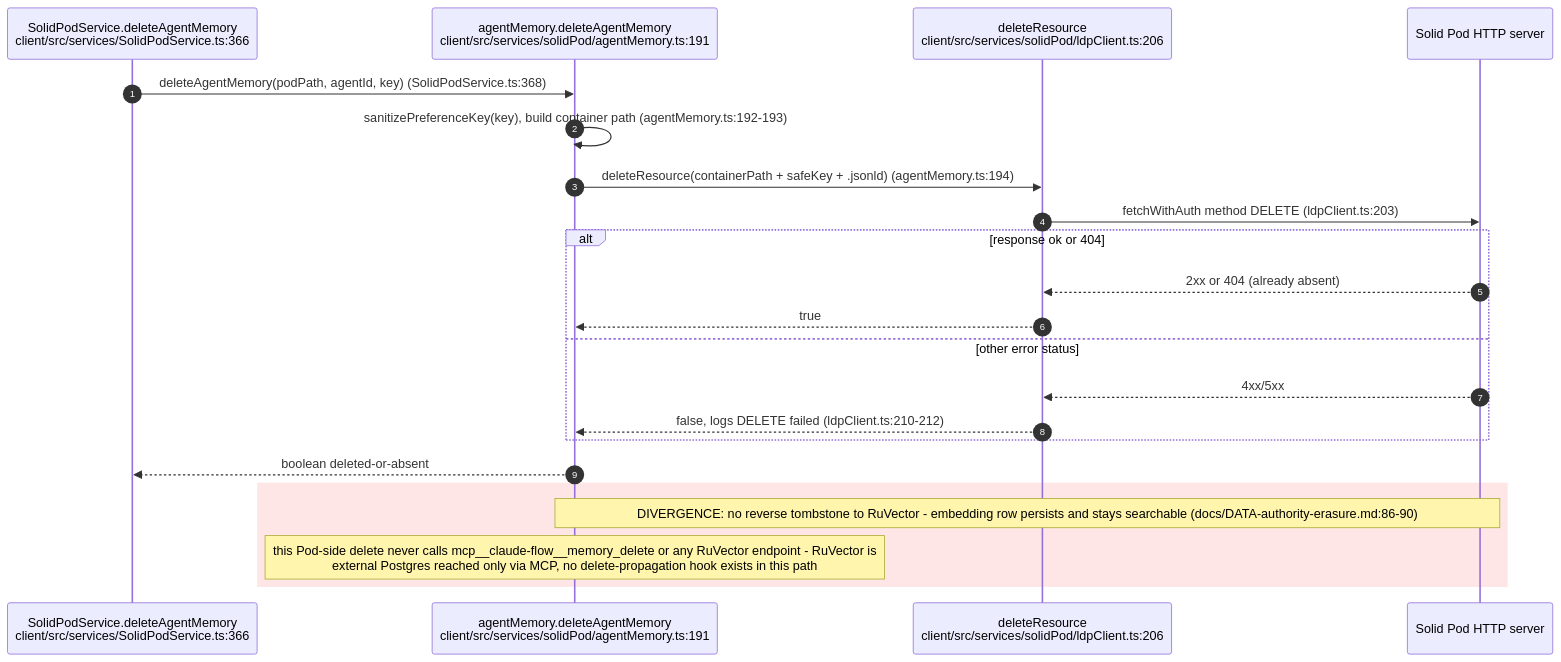
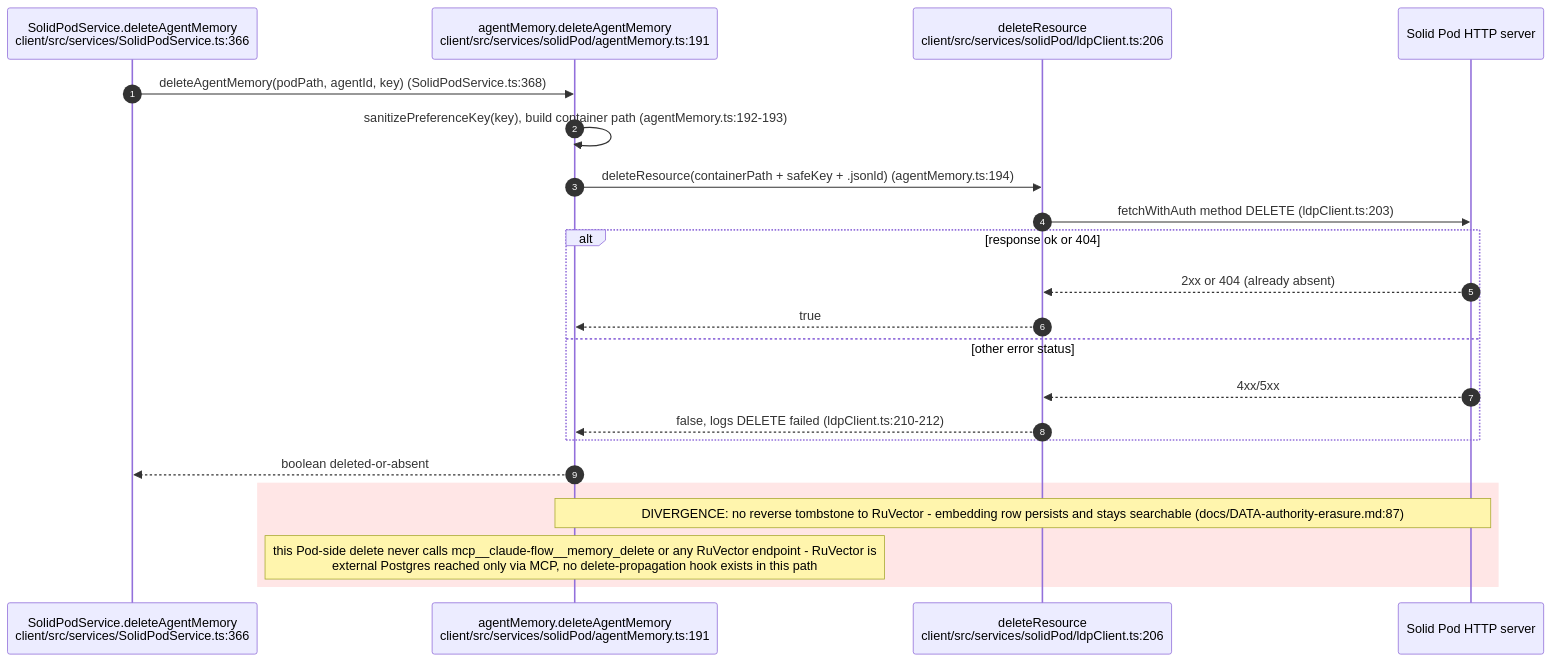
One commit to DreamLab-AI/VisionFlow changed the sixth of 11 diagrams in docs/diagrams/visionclaw/22-data-authority-provenance-erasure.md. Above: the diagram before and after it, drawn with Mermaid. The commit also changed other lines of this file and 185 other files, not shown here.

Commit message:
docs(estate): reconcile diagrams and ADRs with source and define closeout sprint

````diff
--- a/docs/diagrams/visionclaw/22-data-authority-provenance-erasure.md
+++ b/docs/diagrams/visionclaw/22-data-authority-provenance-erasure.md
@@ -272,25 +282,25 @@
 ```mermaid
 sequenceDiagram
     autonumber
     participant UI as SolidPodService.deleteAgentMemory<br/>client/src/services/SolidPodService.ts:366
     participant MEM as agentMemory.deleteAgentMemory<br/>client/src/services/solidPod/agentMemory.ts:191
     participant LDP as deleteResource<br/>client/src/services/solidPod/ldpClient.ts:206
     participant POD as Solid Pod HTTP server
 
     UI->>MEM: deleteAgentMemory(podPath, agentId, key) (SolidPodService.ts:368)
     MEM->>MEM: sanitizePreferenceKey(key), build container path (agentMemory.ts:192-193)
     MEM->>LDP: deleteResource(containerPath + safeKey + .jsonld) (agentMemory.ts:194)
     LDP->>POD: fetchWithAuth method DELETE (ldpClient.ts:203)
     alt response ok or 404
         POD-->>LDP: 2xx or 404 (already absent)
         LDP-->>MEM: true
     else other error status
         POD-->>LDP: 4xx/5xx
         LDP-->>MEM: false, logs DELETE failed (ldpClient.ts:210-212)
     end
     MEM-->>UI: boolean deleted-or-absent
     rect rgb(255, 230, 230)
-        Note over MEM,POD: DIVERGENCE: no reverse tombstone to RuVector - embedding row persists and stays searchable (docs/DATA-authority-erasure.md:86-90)
+        Note over MEM,POD: DIVERGENCE: no reverse tombstone to RuVector - embedding row persists and stays searchable (docs/DATA-authority-erasure.md:87)
         Note over MEM: this Pod-side delete never calls mcp__claude-flow__memory_delete or any RuVector endpoint - RuVector is<br/>external Postgres reached only via MCP, no delete-propagation hook exists in this path
     end
 ```
````
